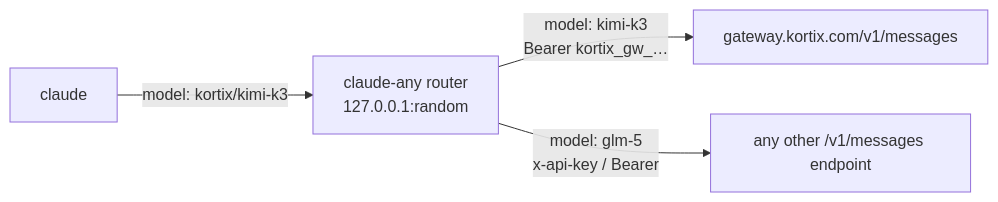
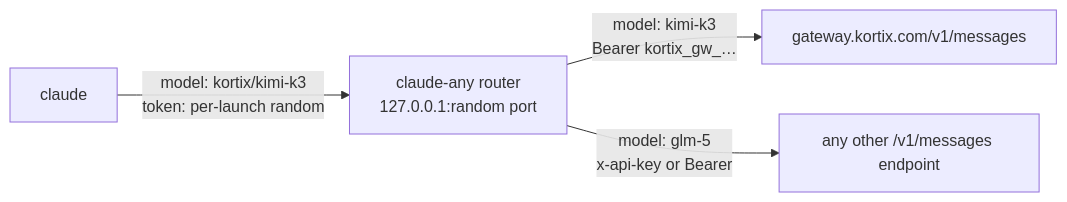
Before and after one commit to markokraemer/claude-any: the diagram in README.md, drawn with Mermaid. The commit also changed other lines of this file and 8 other files, not shown here.

````diff
--- a/README.md
+++ b/README.md
@@ -20,6 +58,6 @@
 ```mermaid
 flowchart LR
-  CC[claude] -- "model: kortix/kimi-k3" --> R[claude-any router<br/>127.0.0.1:random]
+  CC[claude] -- "model: kortix/kimi-k3<br/>token: per-launch random" --> R[claude-any router<br/>127.0.0.1:random port]
   R -- "model: kimi-k3<br/>Bearer kortix_gw_…" --> K[gateway.kortix.com/v1/messages]
-  R -- "model: glm-5<br/>x-api-key / Bearer" --> Z[any other /v1/messages endpoint]
+  R -- "model: glm-5<br/>x-api-key or Bearer" --> O[any other /v1/messages endpoint]
 ```
````
